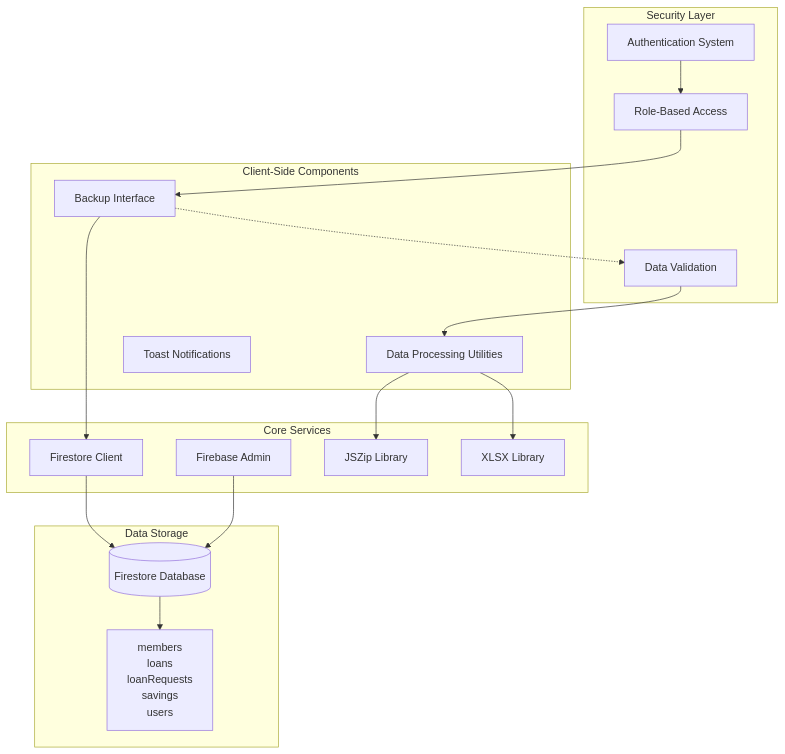
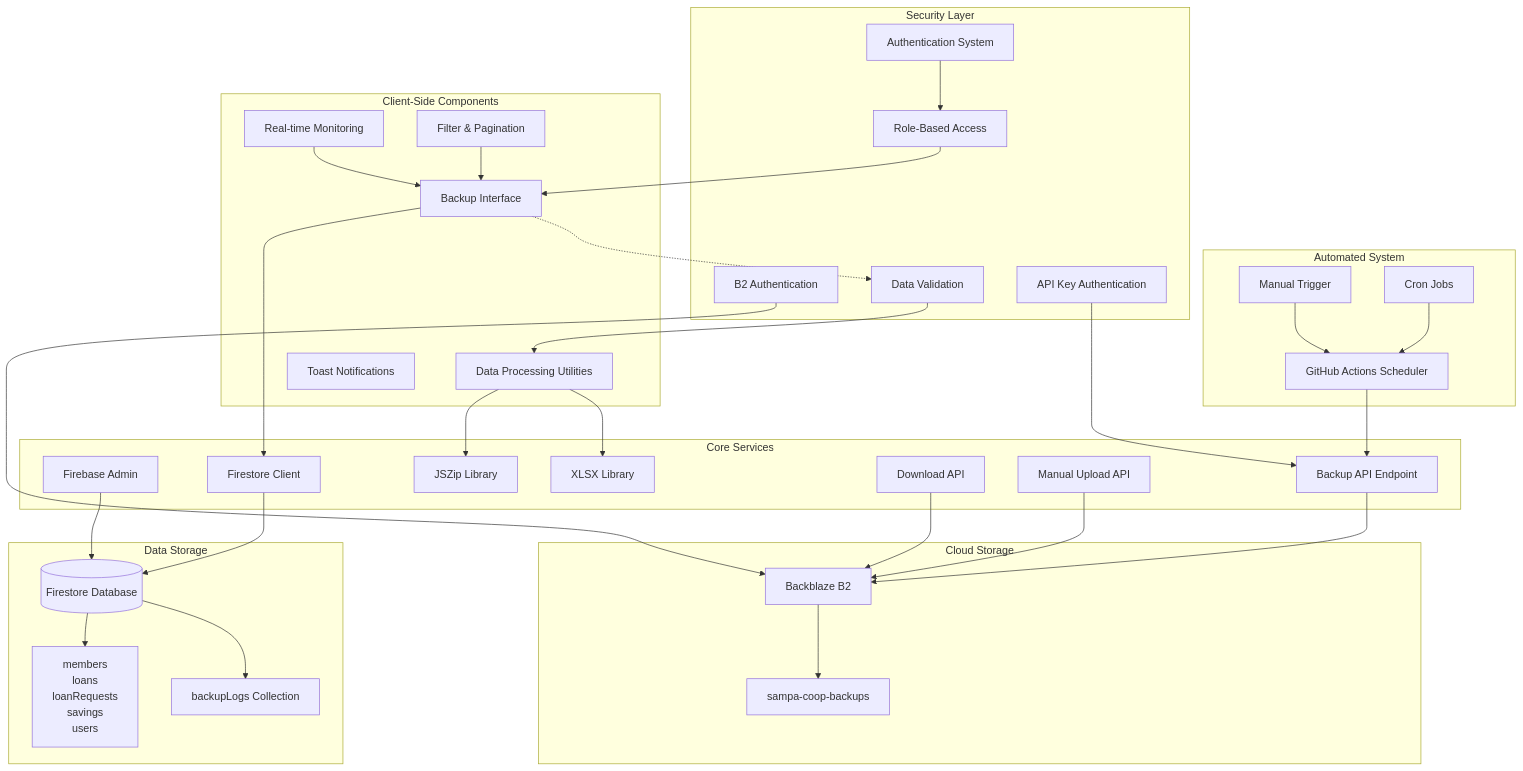
Before and after one commit to Unsure-bry/sampacoop_system: the first of 18 diagrams in .qoder/repowiki/en/content/Project Overview/Core Features & Functionality/Administrative Features/Backup and Restore System.md, drawn with Mermaid. The commit also changed other lines of this file and 11 other files, not shown here.

````diff
--- a/.qoder/repowiki/en/content/Project Overview/Core Features & Functionality/Administrative Features/Backup and Restore System.md
+++ b/.qoder/repowiki/en/content/Project Overview/Core Features & Functionality/Administrative Features/Backup and Restore System.md
@@ -36,33 +60,62 @@
 ```mermaid
 graph TB
 subgraph "Client-Side Components"
 UI[Backup Interface]
 Utils[Data Processing Utilities]
 Toast[Toast Notifications]
+Filters[Filter & Pagination]
+Realtime[Real-time Monitoring]
 end
 subgraph "Core Services"
 FS[Firestore Client]
 AdminFS[Firebase Admin]
 Zip[JSZip Library]
 Excel[XLSX Library]
+API[Backup API Endpoint]
+ManualUpload[Manual Upload API]
+DownloadAPI[Download API]
+end
+subgraph "Automated System"
+GHActions[GitHub Actions Scheduler]
+Cron[Cron Jobs]
+ManualTrigger[Manual Trigger]
+end
+subgraph "Cloud Storage"
+B2[Backblaze B2]
+Bucket[sampa-coop-backups]
 end
 subgraph "Data Storage"
 Firestore[(Firestore Database)]
 Collections[members<br/>loans<br/>loanRequests<br/>savings<br/>users]
+BackupLogs[backupLogs Collection]
 end
 subgraph "Security Layer"
 Auth[Authentication System]
 Permissions[Role-Based Access]
 Validation[Data Validation]
+APIAuth[API Key Authentication]
+B2Auth[B2 Authentication]
 end
 UI --> FS
 Utils --> Zip
 Utils --> Excel
 FS --> Firestore
 AdminFS --> Firestore
 Auth --> Permissions
 Permissions --> UI
+API --> B2
+ManualUpload --> B2
+DownloadAPI --> B2
+GHActions --> API
+Cron --> GHActions
+ManualTrigger --> GHActions
+B2 --> Bucket
+APIAuth --> API
+B2Auth --> B2
 Firestore --> Collections
+Firestore --> BackupLogs
 UI -.-> Validation
 Validation --> Utils
+Filters --> UI
+Realtime --> UI
 ```
````
